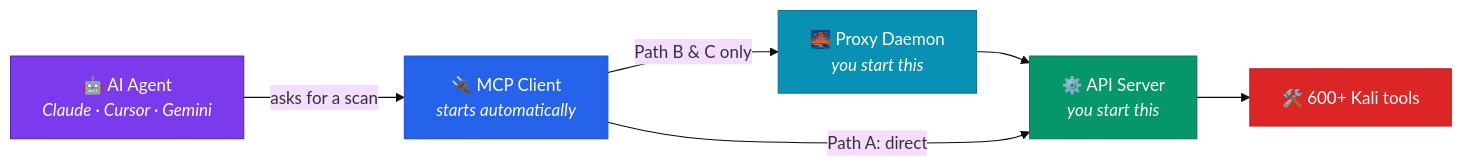
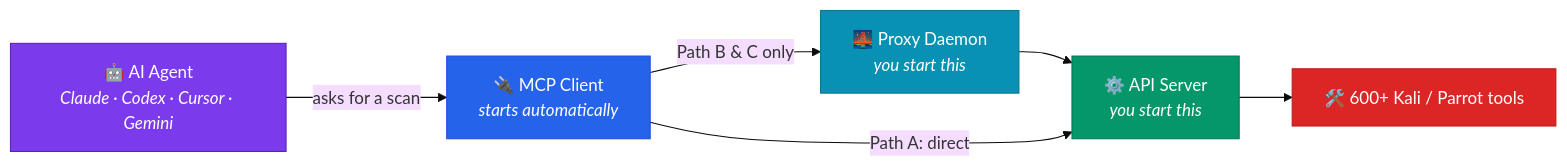
Before and after one commit to Red-Snow/phantomstrike: the diagram in README.md, drawn with Mermaid (base theme). The commit also changed other lines of this file, not shown here.

First line of the commit message:
docs: README neutral on OS and agent — Parrot and Codex are first-class

````diff
--- a/README.md
+++ b/README.md
@@ -98,14 +98,14 @@
 ```mermaid
 flowchart LR
-    A["🤖 AI Agent<br/><i>Claude · Cursor · Gemini</i>"] -->|asks for a scan| B["🔌 MCP Client<br/><i>starts automatically</i>"]
+    A["🤖 AI Agent<br/><i>Claude · Codex · Cursor · Gemini</i>"] -->|asks for a scan| B["🔌 MCP Client<br/><i>starts automatically</i>"]
     B -->|Path B & C only| C["🌉 Proxy Daemon<br/><i>you start this</i>"]
     C --> D["⚙️ API Server<br/><i>you start this</i>"]
     B -->|Path A: direct| D
-    D --> E["🛠️ 600+ Kali tools"]
+    D --> E["🛠️ 600+ Kali / Parrot tools"]
 
     style A fill:#7C3AED,stroke:#5B21B6,color:#fff
     style B fill:#2563EB,stroke:#1D4ED8,color:#fff
     style C fill:#0891B2,stroke:#0E7490,color:#fff
     style D fill:#059669,stroke:#047857,color:#fff
     style E fill:#DC2626,stroke:#B91C1C,color:#fff
 ```
````
